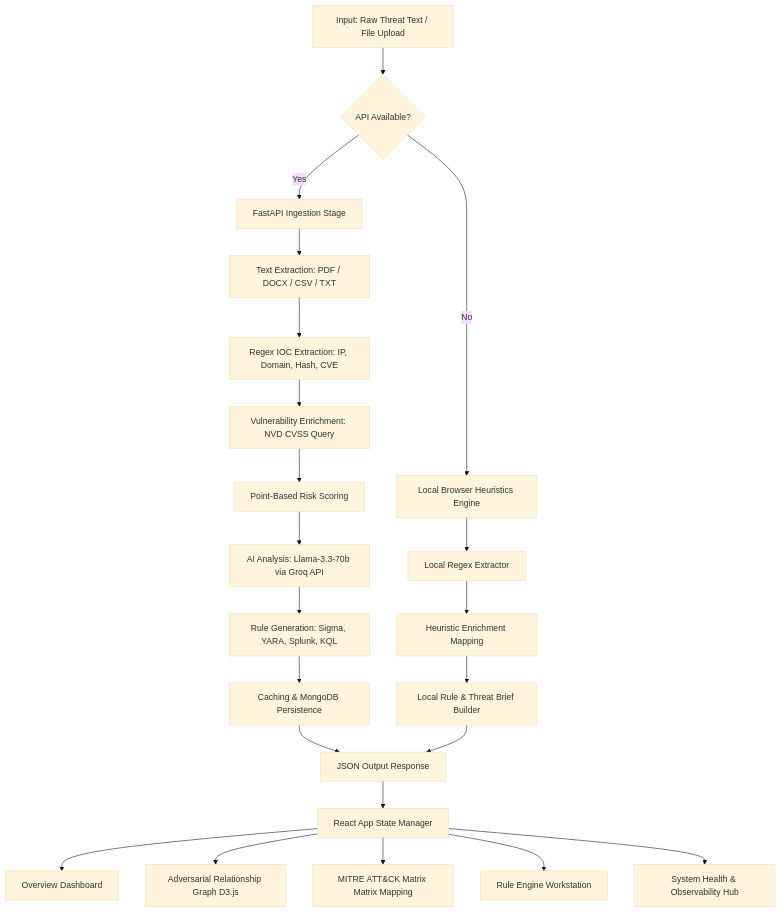
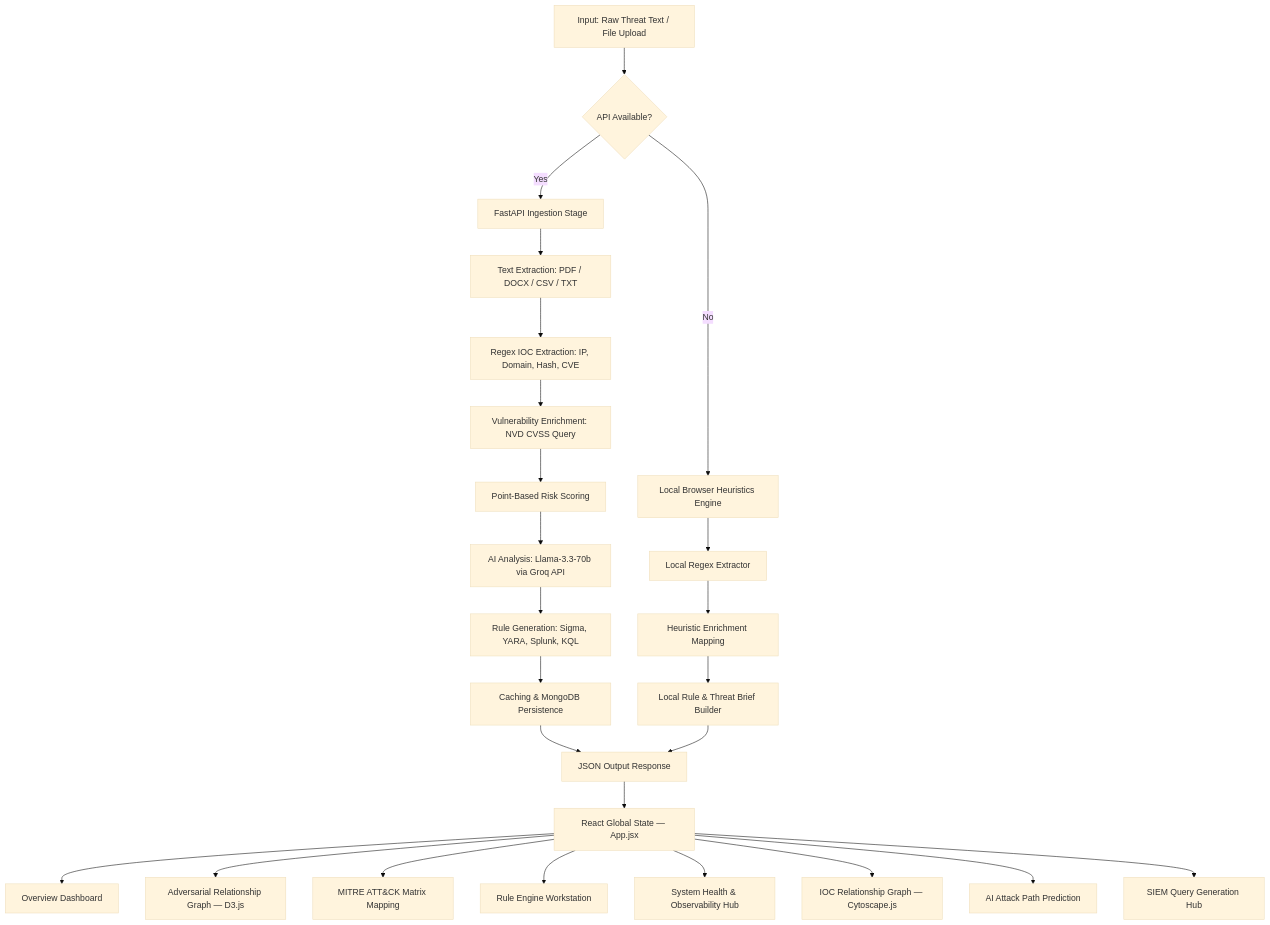
The first of 2 diagrams in README.md (Divyashree580/SisaHackathon), drawn with Mermaid (base theme) before and after one commit. The commit also changed other lines of this file, not shown here.

````diff
--- a/README.md
+++ b/README.md
@@ -16,30 +17,33 @@
 ```mermaid
 graph TD
     A[Input: Raw Threat Text / File Upload] --> B{API Available?}
     B -- Yes --> C[FastAPI Ingestion Stage]
     B -- No --> CC[Local Browser Heuristics Engine]
     
     %% API Pipeline
     C --> D[Text Extraction: PDF / DOCX / CSV / TXT]
     D --> E[Regex IOC Extraction: IP, Domain, Hash, CVE]
     E --> F[Vulnerability Enrichment: NVD CVSS Query]
     F --> G[Point-Based Risk Scoring]
     G --> H[AI Analysis: Llama-3.3-70b via Groq API]
     H --> I[Rule Generation: Sigma, YARA, Splunk, KQL]
     I --> J[Caching & MongoDB Persistence]
     J --> K[JSON Output Response]
     
     %% Client-side Fallback
     CC --> EE[Local Regex Extractor]
     EE --> FF[Heuristic Enrichment Mapping]
     FF --> GG[Local Rule & Threat Brief Builder]
     GG --> K
     
     %% Rendering
-    K --> L[React App State Manager]
+    K --> L[React Global State — App.jsx]
     L --> M[Overview Dashboard]
-    L --> N[Adversarial Relationship Graph D3.js]
-    L --> O[MITRE ATT&CK Matrix Matrix Mapping]
+    L --> N[Adversarial Relationship Graph — D3.js]
+    L --> O[MITRE ATT&CK Matrix Mapping]
     L --> P[Rule Engine Workstation]
     L --> Q[System Health & Observability Hub]
+    L --> R[IOC Relationship Graph — Cytoscape.js]
+    L --> S[AI Attack Path Prediction]
+    L --> T[SIEM Query Generation Hub]
 ```
````
